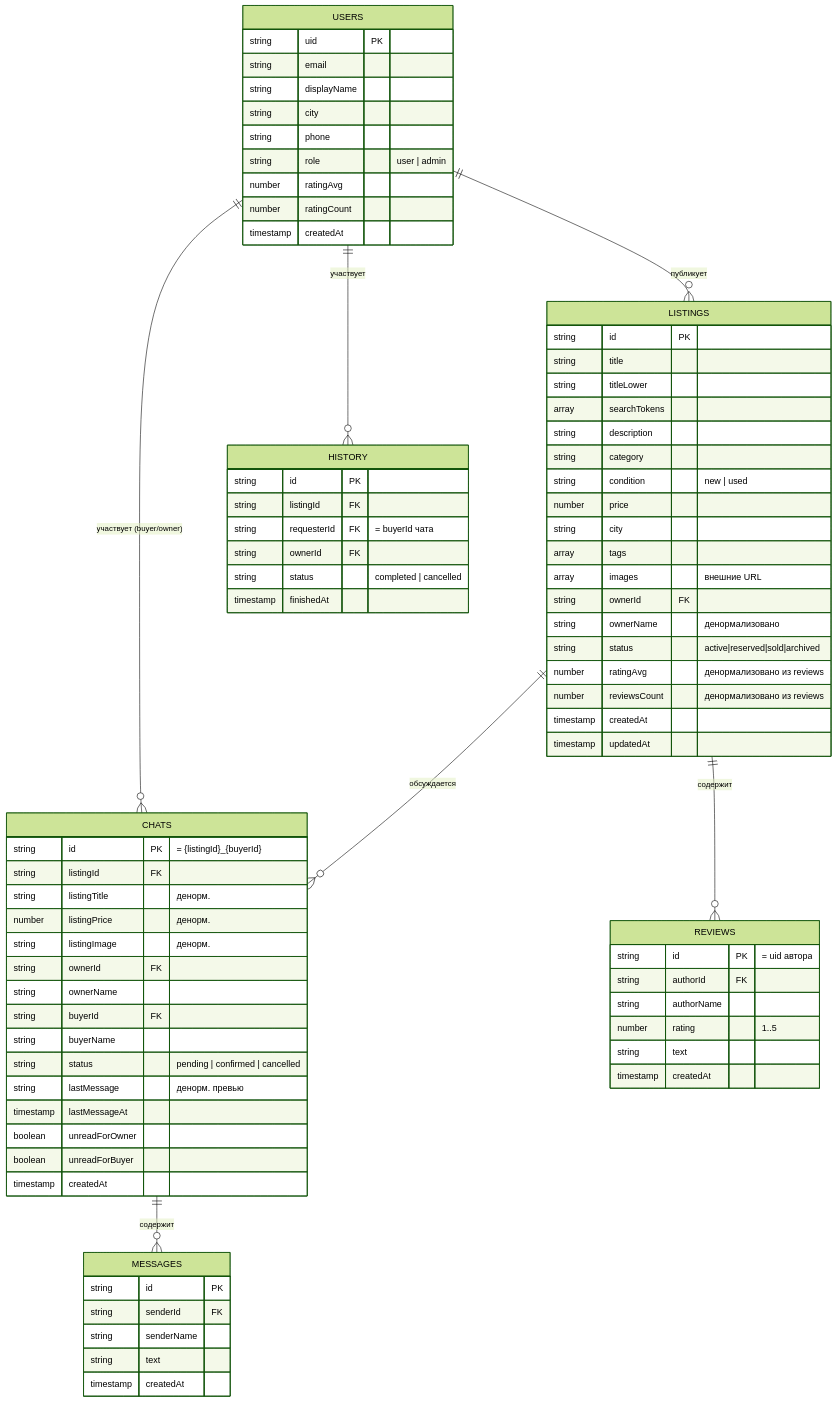
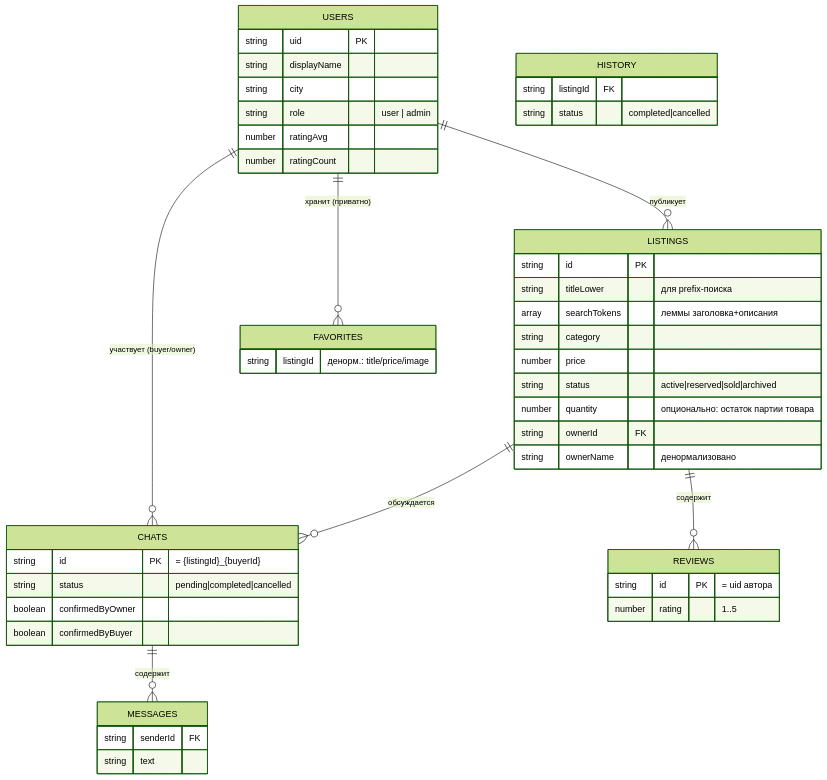
Before and after one commit to centrlx/otiva: the diagram in README.md, drawn with Mermaid (forest theme). The commit also changed other lines of this file and 25 other files, not shown here.

````diff
--- a/README.md
+++ b/README.md
@@ -33,81 +58,50 @@
 ```mermaid
 erDiagram
     USERS ||--o{ LISTINGS : "публикует"
     USERS ||--o{ CHATS : "участвует (buyer/owner)"
-    USERS ||--o{ HISTORY : "участвует"
     LISTINGS ||--o{ REVIEWS : "содержит"
     LISTINGS ||--o{ CHATS : "обсуждается"
     CHATS ||--o{ MESSAGES : "содержит"
+    USERS ||--o{ FAVORITES : "хранит (приватно)"
 
     USERS {
       string uid PK
-      string email
       string displayName
       string city
-      string phone
       string role "user | admin"
       number ratingAvg
       number ratingCount
-      timestamp createdAt
     }
     LISTINGS {
       string id PK
-      string title
-      string titleLower
-      array  searchTokens
-      string description
+      string titleLower "для prefix-поиска"
+      array  searchTokens "леммы заголовка+описания"
       string category
-      string condition "new | used"
       number price
-      string city
-      array  tags
-      array  images "внешние URL"
+      string status "active|reserved|sold|archived"
+      number quantity "опционально: остаток партии товара"
       string ownerId FK
       string ownerName "денормализовано"
-      string status "active|reserved|sold|archived"
-      number ratingAvg "денормализовано из reviews"
-      number reviewsCount "денормализовано из reviews"
-      timestamp createdAt
-      timestamp updatedAt
     }
     REVIEWS {
       string id PK "= uid автора"
-      string authorId FK
-      string authorName
       number rating "1..5"
-      string text
-      timestamp createdAt
     }
     CHATS {
       string id PK "= {listingId}_{buyerId}"
-      string listingId FK
-      string listingTitle "денорм."
-      number listingPrice "денорм."
-      string listingImage "денорм."
-      string ownerId FK
-      string ownerName
-      string buyerId FK
-      string buyerName
-      string status "pending | confirmed | cancelled"
-      string lastMessage "денорм. превью"
-      timestamp lastMessageAt
-      boolean unreadForOwner
-      boolean unreadForBuyer
-      timestamp createdAt
+      string status "pending|completed|cancelled"
+      boolean confirmedByOwner
+      boolean confirmedByBuyer
     }
     MESSAGES {
-      string id PK
       string senderId FK
-      string senderName
       string text
-      timestamp createdAt
     }
     HISTORY {
-      string id PK
       string listingId FK
-      string requesterId FK "= buyerId чата"
-      string ownerId FK
-      string status "completed | cancelled"
-      timestamp finishedAt
+      string status "completed|cancelled"
+    }
+    FAVORITES {
+      string listingId "денорм.: title/price/image"
     }
 ```
````
